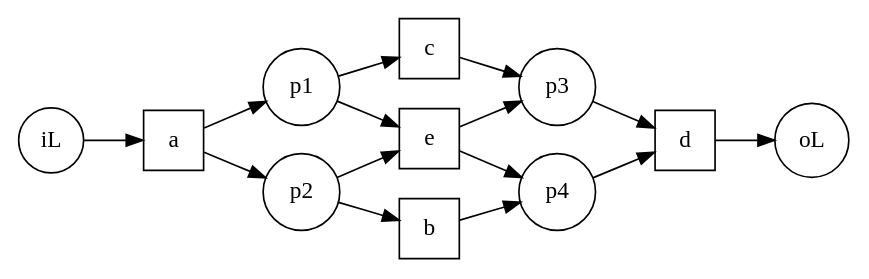
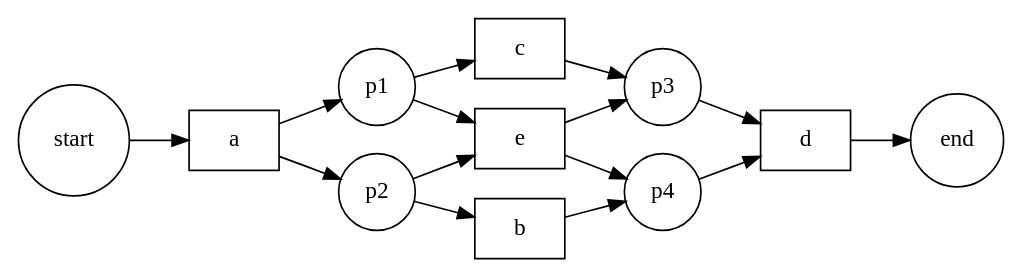
Before and after one commit to PhamCaoLam/Process_Mining_Internship: the diagram in graph-output/graph-output/L1.gv, drawn with Graphviz. The commit also changed 34 other files, not shown here.

```diff
--- a/graph-output/graph-output/L1.gv
+++ b/graph-output/graph-output/L1.gv
@@ -1,50 +1,45 @@
 digraph {
 	graph [rankdir=LR]
-	a [shape=square]
-	e [shape=square]
-	d [shape=square]
-	c [shape=square]
-	b [shape=square]
+	a [shape=rect]
 	p1 [shape=circle]
-	a [shape=square]
 	a -> p1
 	p1 [shape=circle]
-	e [shape=square]
+	e [shape=rect]
 	p1 -> e
 	p1 [shape=circle]
-	c [shape=square]
+	c [shape=rect]
 	p1 -> c
+	a [shape=rect]
 	p2 [shape=circle]
-	a [shape=square]
 	a -> p2
 	p2 [shape=circle]
-	e [shape=square]
+	e [shape=rect]
 	p2 -> e
 	p2 [shape=circle]
-	b [shape=square]
+	b [shape=rect]
 	p2 -> b
+	e [shape=rect]
 	p3 [shape=circle]
-	e [shape=square]
 	e -> p3
+	c [shape=rect]
 	p3 [shape=circle]
-	c [shape=square]
 	c -> p3
 	p3 [shape=circle]
-	d [shape=square]
+	d [shape=rect]
 	p3 -> d
+	e [shape=rect]
 	p4 [shape=circle]
-	e [shape=square]
 	e -> p4
+	b [shape=rect]
 	p4 [shape=circle]
-	b [shape=square]
 	b -> p4
 	p4 [shape=circle]
-	d [shape=square]
+	d [shape=rect]
 	p4 -> d
-	iL [shape=circle]
-	a [shape=square]
-	iL -> a
-	oL [shape=circle]
-	d [shape=square]
-	d -> oL
+	start [shape=circle]
+	a [shape=rect]
+	start -> a
+	end [shape=circle]
+	d [shape=rect]
+	d -> end
 }
```
